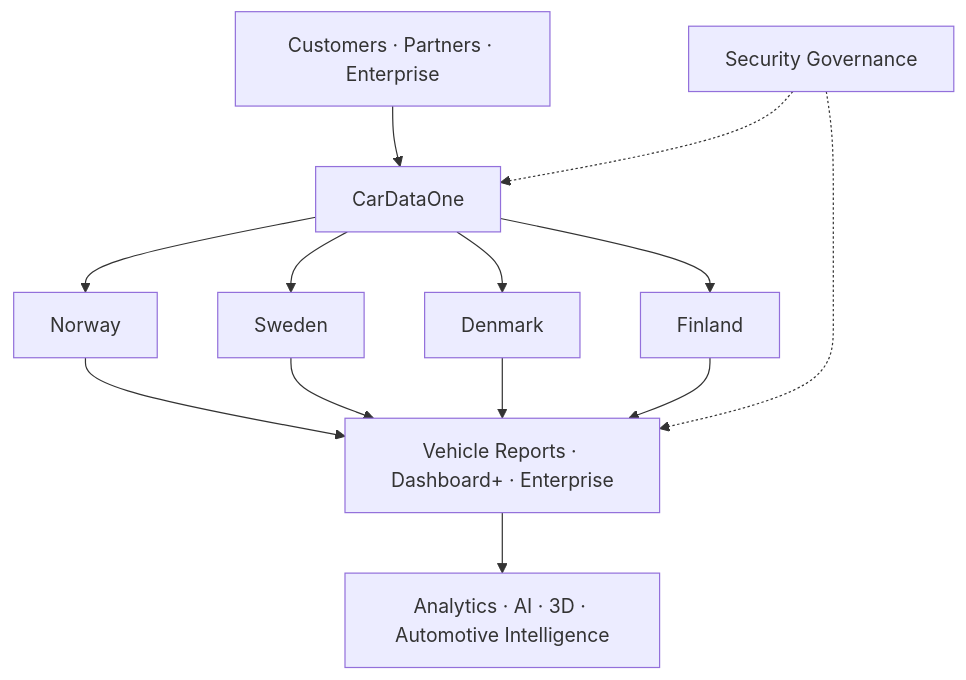
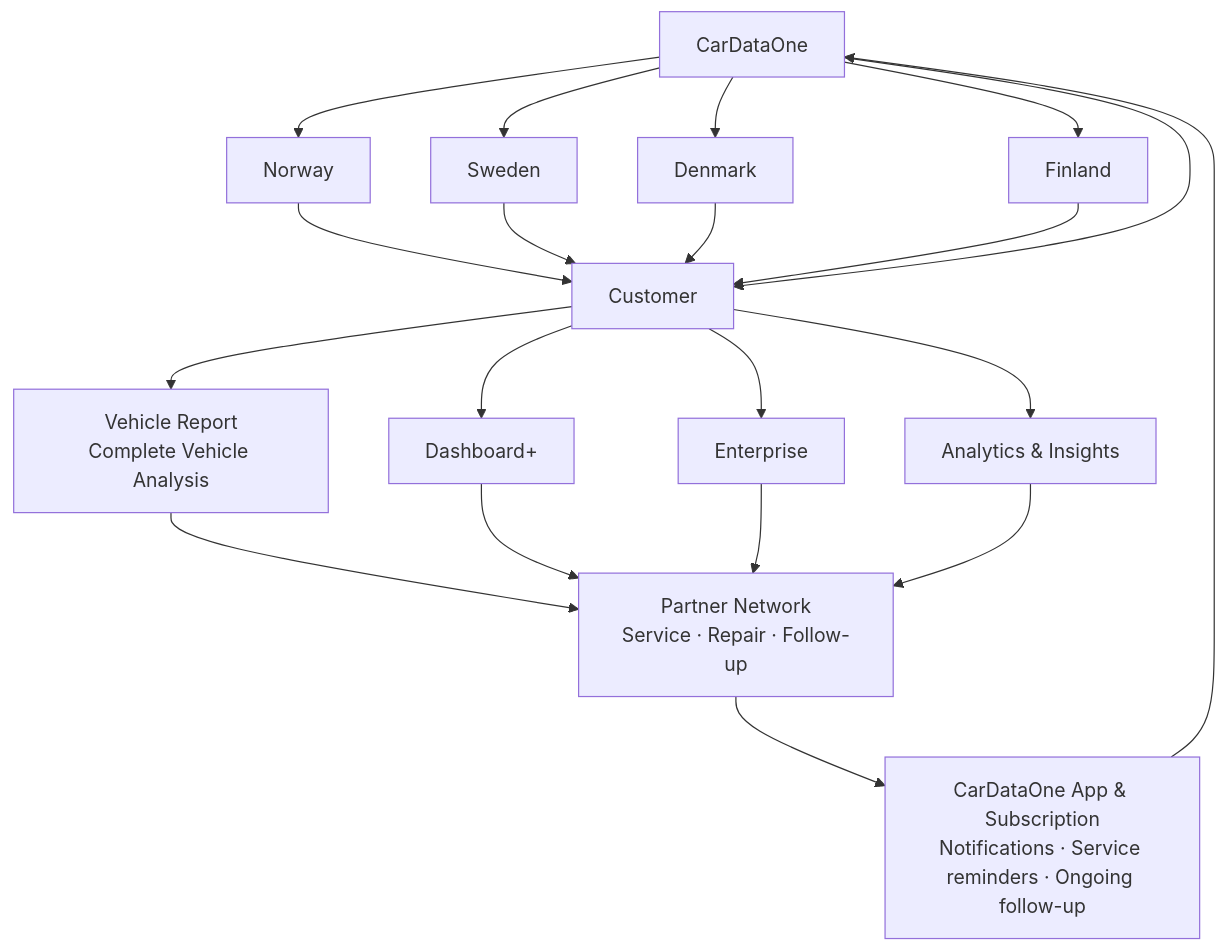
Before and after one commit to regnrbil/regnrbil: the diagram in README.md, drawn with Mermaid. The commit also changed other lines of this file, not shown here.

Commit message:
docs: clarify CarDataOne customer lifecycle and retention model V1.4.0

````diff
--- a/README.md
+++ b/README.md
@@ -31,25 +33,44 @@
 ```mermaid
 flowchart TB
-    U[Customers · Partners · Enterprise]
-    C[CarDataOne]
-    N[Norway]
-    S[Sweden]
-    D[Denmark]
-    F[Finland]
-    P[Vehicle Reports · Dashboard+ · Enterprise]
-    A[Analytics · AI · 3D · Automotive Intelligence]
-    G[Security Governance]
+    CDO[CarDataOne]
 
-    U --> C
-    C --> N
-    C --> S
-    C --> D
-    C --> F
-    N --> P
-    S --> P
-    D --> P
-    F --> P
-    P --> A
-    G -.-> C
-    G -.-> P
+    NO[Norway]
+    SE[Sweden]
+    DK[Denmark]
+    FI[Finland]
+
+    CUSTOMER[Customer]
+
+    REPORT[Vehicle Report<br/>Complete Vehicle Analysis]
+    DASH[Dashboard+]
+    ENT[Enterprise]
+    ANALYTICS[Analytics & Insights]
+
+    PARTNERS[Partner Network<br/>Service · Repair · Follow-up]
+
+    APP[CarDataOne App & Subscription<br/>Notifications · Service reminders · Ongoing follow-up]
+
+    CDO --> NO
+    CDO --> SE
+    CDO --> DK
+    CDO --> FI
+
+    NO --> CUSTOMER
+    SE --> CUSTOMER
+    DK --> CUSTOMER
+    FI --> CUSTOMER
+
+    CUSTOMER --> REPORT
+    CUSTOMER --> DASH
+    CUSTOMER --> ENT
+    CUSTOMER --> ANALYTICS
+
+    REPORT --> PARTNERS
+    DASH --> PARTNERS
+    ENT --> PARTNERS
+    ANALYTICS --> PARTNERS
+
+    PARTNERS --> APP
+    APP --> CDO
+    CDO --> CUSTOMER
 ```
````
